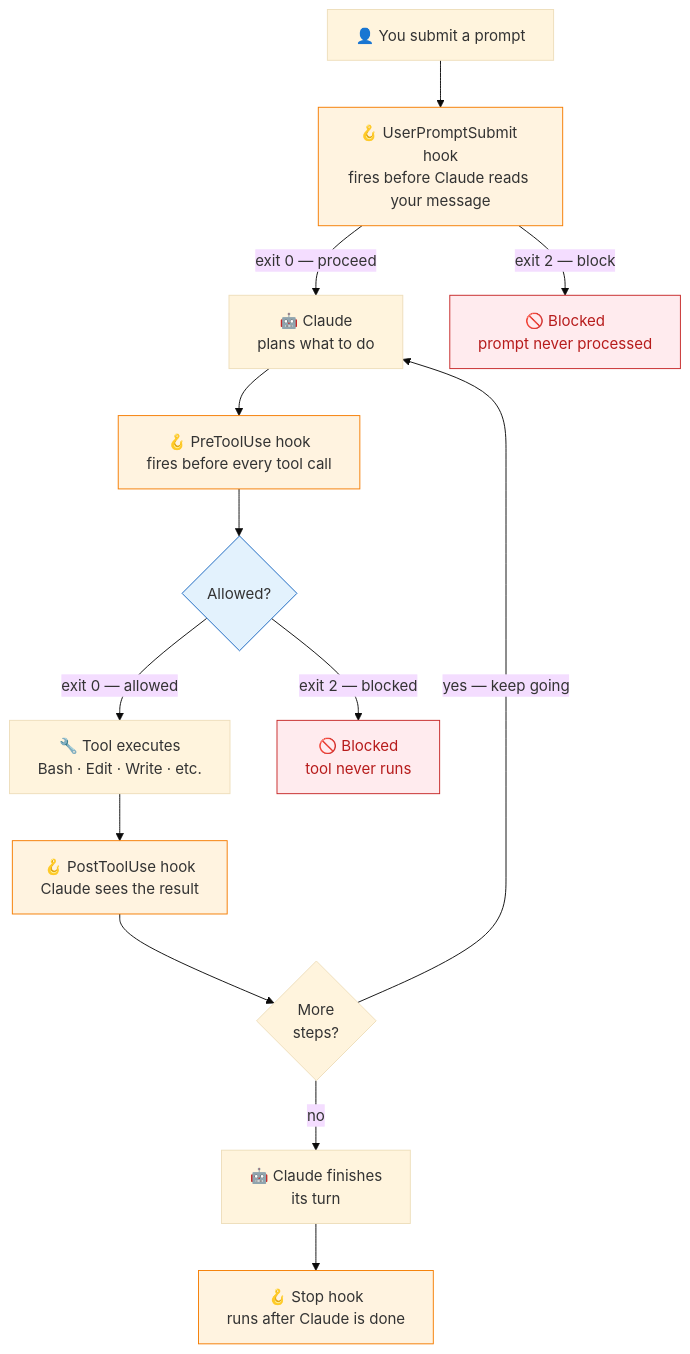
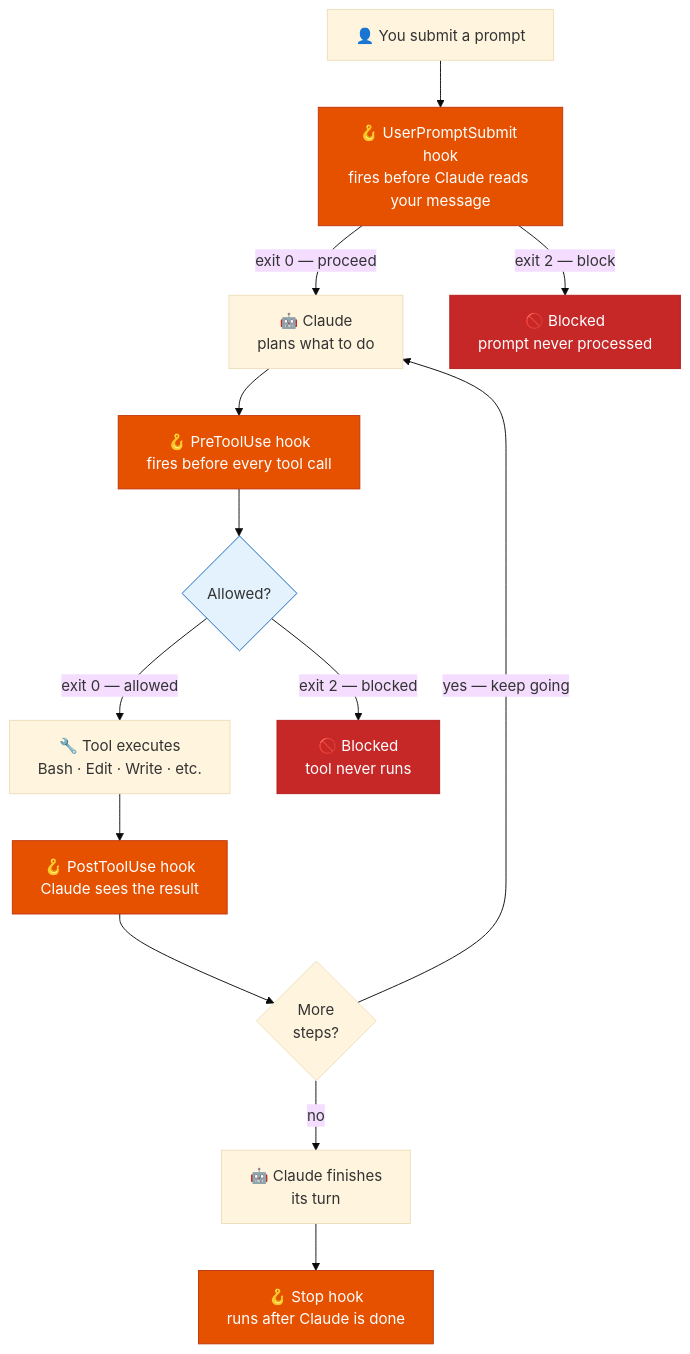
The third of 6 diagrams in CONSUMER_GUIDE.md (funfairlabs-incubator/cuddly-google), drawn with Mermaid (base theme) before and after one commit. The commit also changed other lines of this file and 1 other file, not shown here.

```diff
--- a/CONSUMER_GUIDE.md
+++ b/CONSUMER_GUIDE.md
@@ -922,37 +953,37 @@
 <div class="mermaid">
 flowchart TD
     U["👤 You submit a prompt"]
     UPS["🪝 UserPromptSubmit hook\nfires before Claude reads your message"]
     AI1["🤖 Claude\nplans what to do"]
     PRE["🪝 PreToolUse hook\nfires before every tool call"]
     DEC{"Allowed?"}
     TOOL["🔧 Tool executes\nBash · Edit · Write · etc."]
     POST["🪝 PostToolUse hook\nClaude sees the result"]
     MORE{"More\nsteps?"}
     STOP["🤖 Claude finishes\nits turn"]
     STOPHOOK["🪝 Stop hook\nruns after Claude is done"]
 
     BLK1["🚫 Blocked\nprompt never processed"]
     BLK2["🚫 Blocked\ntool never runs"]
 
     U --> UPS
     UPS -->|"exit 0 — proceed"| AI1
     UPS -->|"exit 2 — block"| BLK1
     AI1 --> PRE
     PRE --> DEC
     DEC -->|"exit 0 — allowed"| TOOL
     DEC -->|"exit 2 — blocked"| BLK2
     TOOL --> POST
     POST --> MORE
     MORE -->|"yes — keep going"| AI1
     MORE -->|"no"| STOP
     STOP --> STOPHOOK
 
-    style UPS fill:#fff3e0,stroke:#f57c00
-    style PRE fill:#fff3e0,stroke:#f57c00
-    style POST fill:#fff3e0,stroke:#f57c00
-    style STOPHOOK fill:#fff3e0,stroke:#f57c00
+    style UPS fill:#e65100,stroke:#bf360c,color:#fff
+    style PRE fill:#e65100,stroke:#bf360c,color:#fff
+    style POST fill:#e65100,stroke:#bf360c,color:#fff
+    style STOPHOOK fill:#e65100,stroke:#bf360c,color:#fff
     style DEC fill:#e3f2fd,stroke:#1565c0
-    style BLK1 fill:#ffebee,stroke:#c62828,color:#b71c1c
-    style BLK2 fill:#ffebee,stroke:#c62828,color:#b71c1c
+    style BLK1 fill:#c62828,stroke:#b71c1c,color:#fff
+    style BLK2 fill:#c62828,stroke:#b71c1c,color:#fff
 </div>
```
